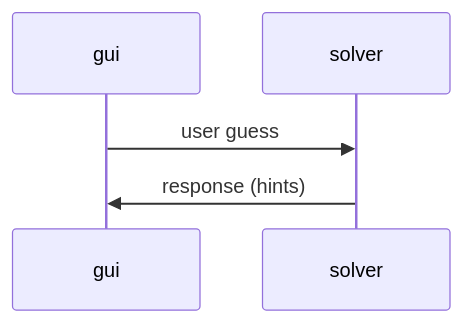
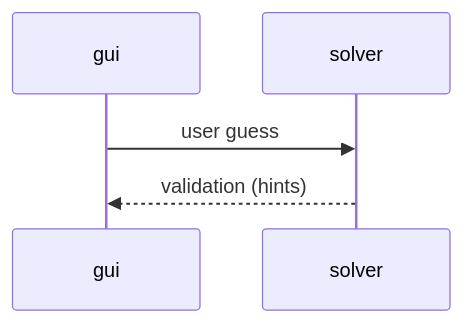
Before and after one commit to powersagitar/ics4u: the second of 2 diagrams in culminating-mastermind/docs/components/componnets.md, drawn with Mermaid. The commit also changed other lines of this file, not shown here.

Commit message:
Fix sequence diagram

````diff
--- a/culminating-mastermind/docs/components/componnets.md
+++ b/culminating-mastermind/docs/components/componnets.md
@@ -27,5 +28,5 @@
 ```mermaid
 sequenceDiagram
   gui ->> solver: user guess
-  solver ->> gui: response (hints)
+  solver -->> gui: validation (hints)
 ```
````
